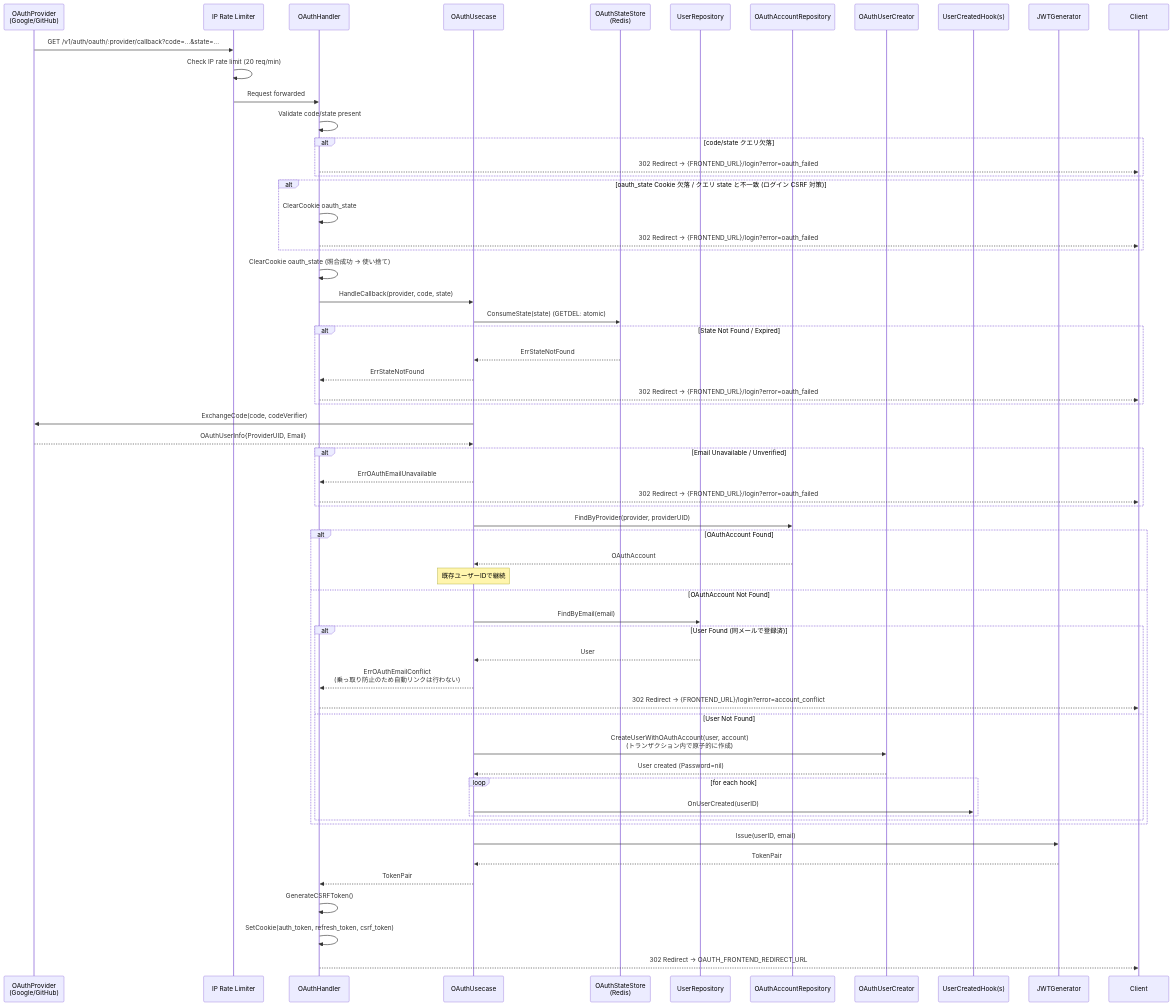
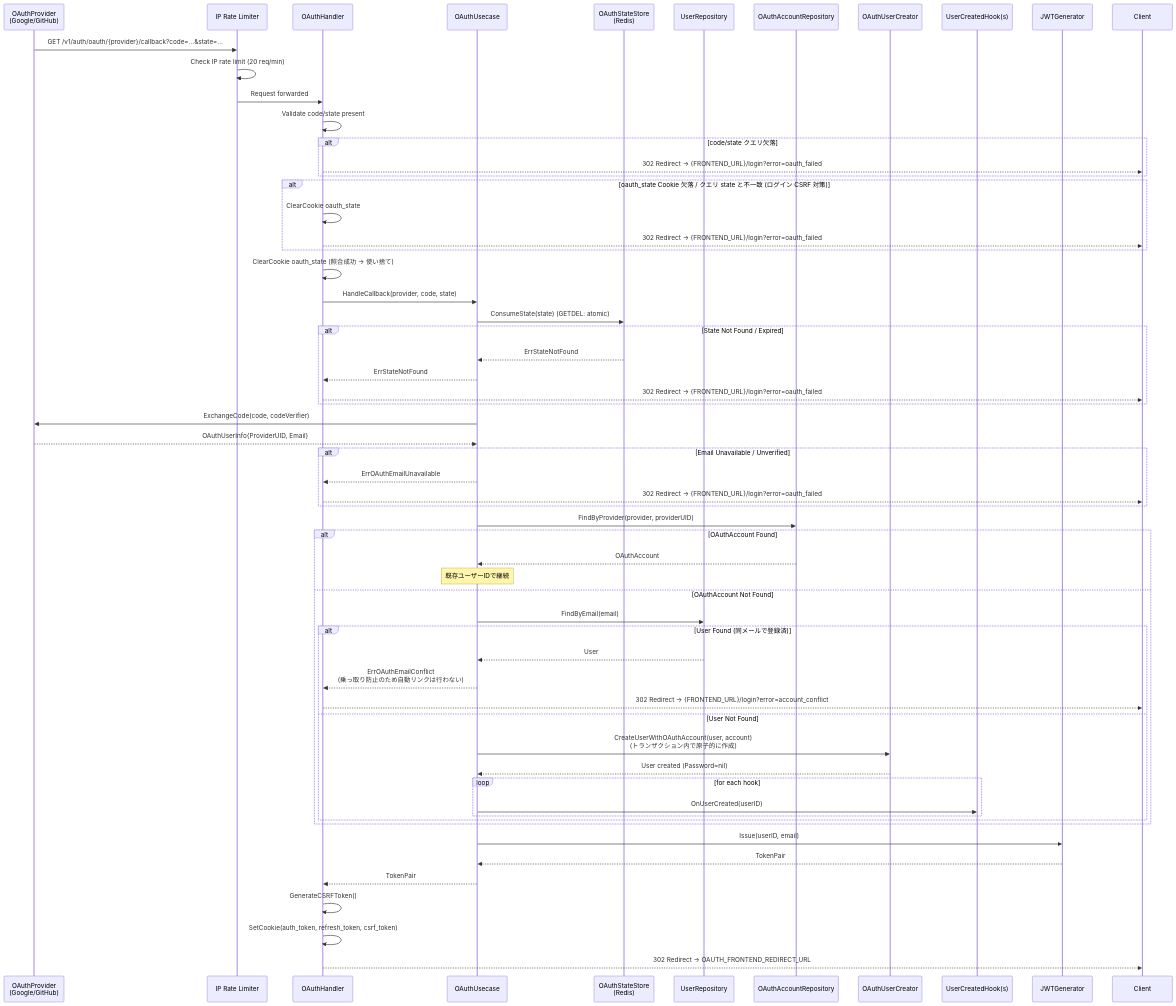
The sixth of 7 diagrams in docs/features/auth.md (UCHIDAnobuhiro/stock-backend), drawn with Mermaid before and after one commit. The commit also changed other lines of this file and 14 other files, not shown here.

````diff
--- a/docs/features/auth.md
+++ b/docs/features/auth.md
@@ -207,72 +208,72 @@
 ```mermaid
 sequenceDiagram
     participant Provider as OAuthProvider<br/>(Google/GitHub)
     participant RateLimit as IP Rate Limiter
     participant Handler as OAuthHandler
     participant Usecase as OAuthUsecase
     participant StateStore as OAuthStateStore<br/>(Redis)
     participant UserRepo as UserRepository
     participant OAuthRepo as OAuthAccountRepository
     participant Creator as OAuthUserCreator
     participant Hooks as UserCreatedHook(s)
     participant JWT as JWTGenerator
 
-    Provider->>RateLimit: GET /v1/auth/oauth/:provider/callback?code=...&state=...
+    Provider->>RateLimit: GET /v1/auth/oauth/{provider}/callback?code=...&state=...
     RateLimit->>RateLimit: Check IP rate limit (20 req/min)
     RateLimit->>Handler: Request forwarded
     Handler->>Handler: Validate code/state present
 
     alt code/state クエリ欠落
         Handler-->>Client: 302 Redirect → {FRONTEND_URL}/login?error=oauth_failed
     end
 
     alt oauth_state Cookie 欠落 / クエリ state と不一致 (ログイン CSRF 対策)
         Handler->>Handler: ClearCookie oauth_state
         Handler-->>Client: 302 Redirect → {FRONTEND_URL}/login?error=oauth_failed
     end
 
     Handler->>Handler: ClearCookie oauth_state (照合成功 → 使い捨て)
     Handler->>Usecase: HandleCallback(provider, code, state)
     Usecase->>StateStore: ConsumeState(state) (GETDEL: atomic)
 
     alt State Not Found / Expired
         StateStore-->>Usecase: ErrStateNotFound
         Usecase-->>Handler: ErrStateNotFound
         Handler-->>Client: 302 Redirect → {FRONTEND_URL}/login?error=oauth_failed
     end
 
     Usecase->>Provider: ExchangeCode(code, codeVerifier)
     Provider-->>Usecase: OAuthUserInfo{ProviderUID, Email}
 
     alt Email Unavailable / Unverified
         Usecase-->>Handler: ErrOAuthEmailUnavailable
         Handler-->>Client: 302 Redirect → {FRONTEND_URL}/login?error=oauth_failed
     end
 
     Usecase->>OAuthRepo: FindByProvider(provider, providerUID)
 
     alt OAuthAccount Found
         OAuthRepo-->>Usecase: OAuthAccount
         Note over Usecase: 既存ユーザーIDで継続
     else OAuthAccount Not Found
         Usecase->>UserRepo: FindByEmail(email)
         alt User Found (同メールで登録済)
             UserRepo-->>Usecase: User
             Usecase-->>Handler: ErrOAuthEmailConflict<br/>(乗っ取り防止のため自動リンクは行わない)
             Handler-->>Client: 302 Redirect → {FRONTEND_URL}/login?error=account_conflict
         else User Not Found
             Usecase->>Creator: CreateUserWithOAuthAccount(user, account)<br/>(トランザクション内で原子的に作成)
             Creator-->>Usecase: User created (Password=nil)
             loop for each hook
                 Usecase->>Hooks: OnUserCreated(userID)
             end
         end
     end
 
     Usecase->>JWT: Issue(userID, email)
     JWT-->>Usecase: TokenPair
     Usecase-->>Handler: TokenPair
     Handler->>Handler: GenerateCSRFToken()
     Handler->>Handler: SetCookie(auth_token, refresh_token, csrf_token)
     Handler-->>Client: 302 Redirect → OAUTH_FRONTEND_REDIRECT_URL
 ```
````
